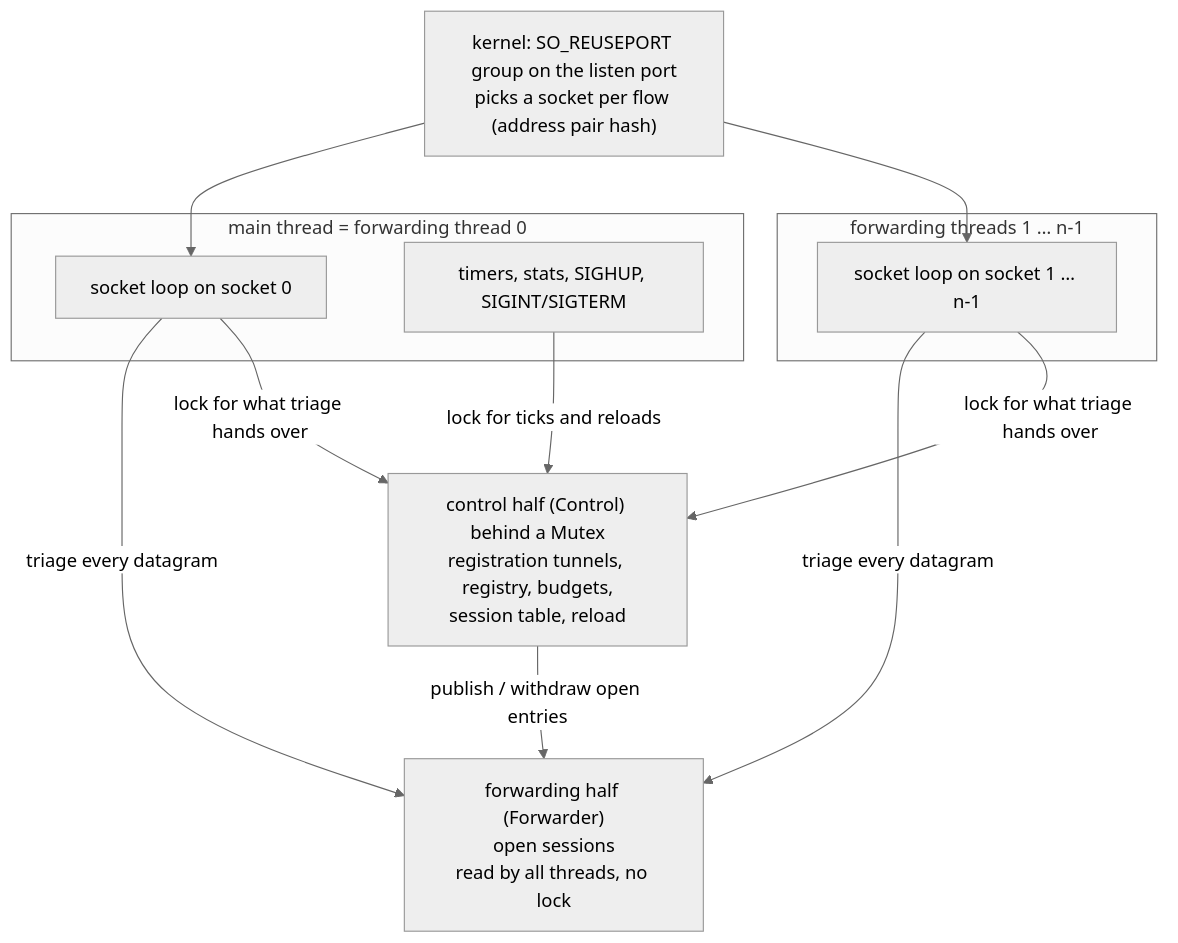
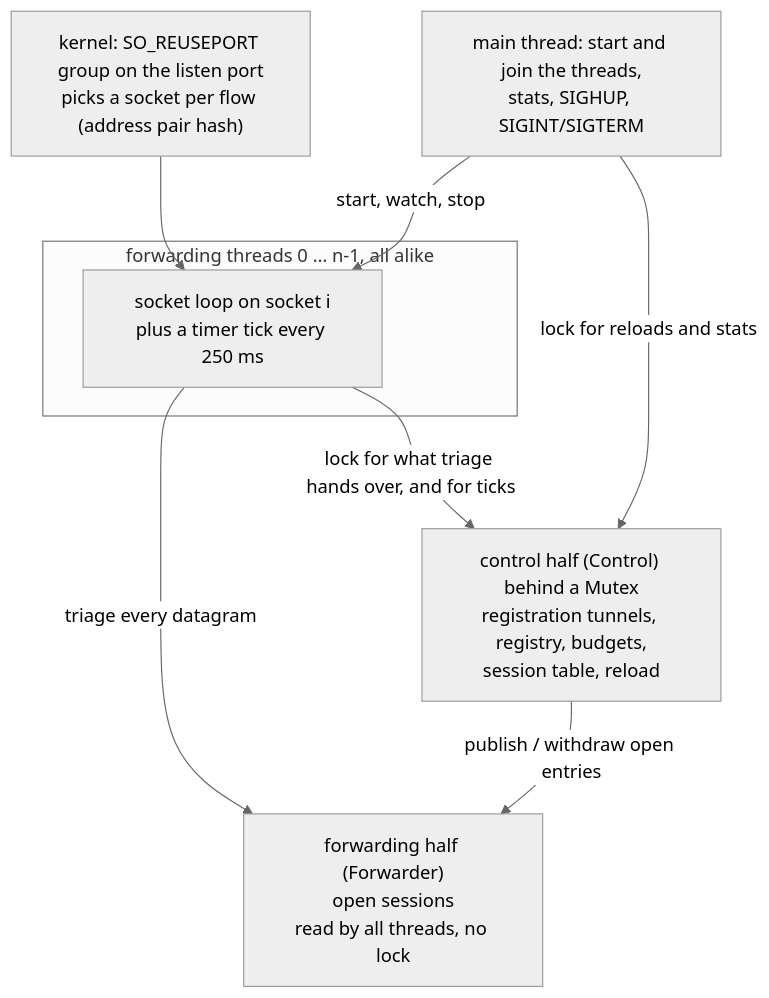
Before and after one commit to 3alpha/wg-relay: the eighth of 23 diagrams in docs/how-it-works.md, drawn with Mermaid (neutral theme). The commit also changed other lines of this file and 9 other files, not shown here.

First line of the commit message:
refactor(app): make every forwarding thread identical

````diff
--- a/docs/how-it-works.md
+++ b/docs/how-it-works.md
@@ -321,21 +324,16 @@
 ```mermaid
 flowchart TB
     K["kernel: SO_REUSEPORT group on the listen port<br/>picks a socket per flow (address pair hash)"]
-    subgraph main["main thread = forwarding thread 0"]
-        L0["socket loop on socket 0"]
-        H["timers, stats, SIGHUP, SIGINT/SIGTERM"]
+    subgraph threads["forwarding threads 0 … n-1, all alike"]
+        L["socket loop on socket i<br/>plus a timer tick every 250 ms"]
     end
-    subgraph more["forwarding threads 1 … n-1"]
-        L1["socket loop on socket 1 … n-1"]
-    end
+    M["main thread: start and join the threads,<br/>stats, SIGHUP, SIGINT/SIGTERM"]
     F["forwarding half (Forwarder)<br/>open sessions<br/>read by all threads, no lock"]
     C["control half (Control) behind a Mutex<br/>registration tunnels, registry, budgets,<br/>session table, reload"]
-    K --> L0
-    K --> L1
-    L0 -- "triage every datagram" --> F
-    L1 -- "triage every datagram" --> F
-    L0 -- "lock for what triage hands over" --> C
-    L1 -- "lock for what triage hands over" --> C
-    H -- "lock for ticks and reloads" --> C
+    K --> L
+    L -- "triage every datagram" --> F
+    L -- "lock for what triage hands over, and for ticks" --> C
+    M -- "lock for reloads and stats" --> C
+    M -- "start, watch, stop" --> L
     C -- "publish / withdraw open entries" --> F
 ```
````
